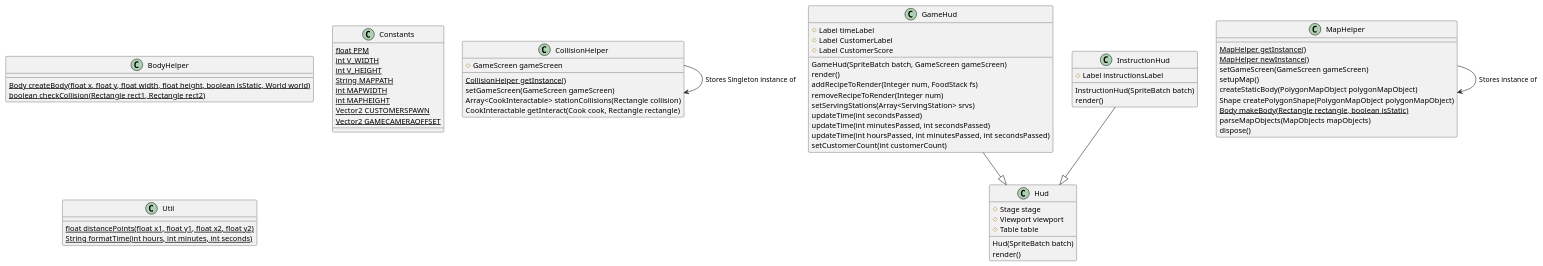
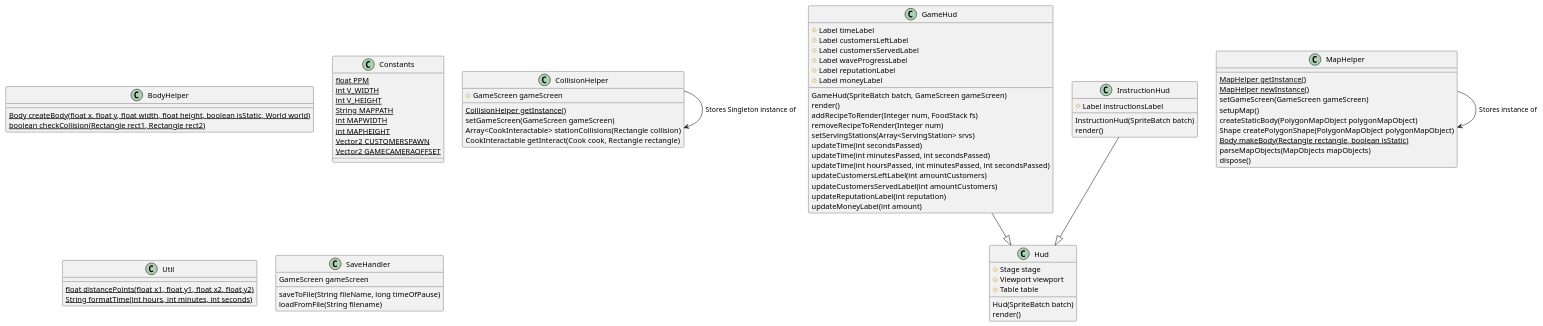
The diagram in ENG1/SUBMITTABLES/Architecture/plantumls/helper.puml (ENG1-TEAM3/project_eng1_team3_A2), drawn with PlantUML before and after one commit. The commit also changed 8 other files, not shown here.

Commit message:
some refactoring + uml updated

```diff
--- a/ENG1/SUBMITTABLES/Architecture/plantumls/helper.puml
+++ b/ENG1/SUBMITTABLES/Architecture/plantumls/helper.puml
@@ -1,69 +1,83 @@
 @startuml
 class BodyHelper{
 {static} Body createBody(float x, float y, float width, float height, boolean isStatic, World world)
 {static} boolean checkCollision(Rectangle rect1, Rectangle rect2)
 }
 class CollisionHelper{
 # GameScreen gameScreen
 {static} CollisionHelper getInstance()
 setGameScreen(GameScreen gameScreen)
 Array<CookInteractable> stationCollisions(Rectangle collision)
 CookInteractable getInteract(Cook cook, Rectangle rectangle)
 }
 CollisionHelper --> CollisionHelper : Stores Singleton instance of
 class Constants{
 {static} float PPM
 {static} int V_WIDTH
 {static} int V_HEIGHT
 {static} String MAPPATH
 {static} int MAPWIDTH
 {static} int MAPHEIGHT
 {static} Vector2 CUSTOMERSPAWN
 {static} Vector2 GAMECAMERAOFFSET
 }
 class GameHud{
 # Label timeLabel
-# Label CustomerLabel
-# Label CustomerScore
+# Label customersLeftLabel
+# Label customersServedLabel
+# Label waveProgressLabel
+# Label reputationLabel
+# Label moneyLabel
+
 GameHud(SpriteBatch batch, GameScreen gameScreen)
 render()
 addRecipeToRender(Integer num, FoodStack fs)
 removeRecipeToRender(Integer num)
 setServingStations(Array<ServingStation> srvs)
 updateTime(int secondsPassed)
 updateTime(int minutesPassed, int secondsPassed)
 updateTime(int hoursPassed, int minutesPassed, int secondsPassed)
-setCustomerCount(int customerCount)
+updateCustomersLeftLabel(int amountCustomers)
+updateCustomersServedLabel(int amountCustomers)
+updateReputationLabel(int reputation)
+updateMoneyLabel(int amount)
 }
 class Hud{
 # Stage stage
 # Viewport viewport
 # Table table
 Hud(SpriteBatch batch)
 render()
 }
 class InstructionHud{
 # Label instructionsLabel
 InstructionHud(SpriteBatch batch)
 render()
 }
 class MapHelper{
 {static} MapHelper getInstance()
 {static} MapHelper newInstance()
 setGameScreen(GameScreen gameScreen)
 setupMap()
 createStaticBody(PolygonMapObject polygonMapObject)
 Shape createPolygonShape(PolygonMapObject polygonMapObject)
 {static} Body makeBody(Rectangle rectangle, boolean isStatic)
 parseMapObjects(MapObjects mapObjects)
 dispose()
 }
 MapHelper --> MapHelper : Stores instance of
 InstructionHud --|> Hud
 GameHud --|> Hud
 
 class Util{
 {static} float distancePoints(float x1, float y1, float x2, float y2)
 {static} String formatTime(int hours, int minutes, int seconds)
 }
+
+class SaveHandler{
+GameScreen gameScreen
+saveToFile(String fileName, long timeOfPause)
+loadFromFile(String filename)
+}
+
 @enduml
```
